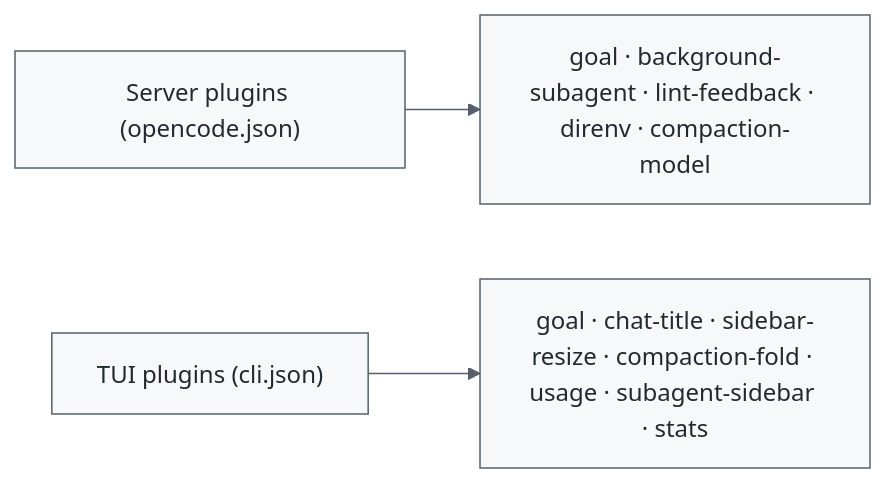
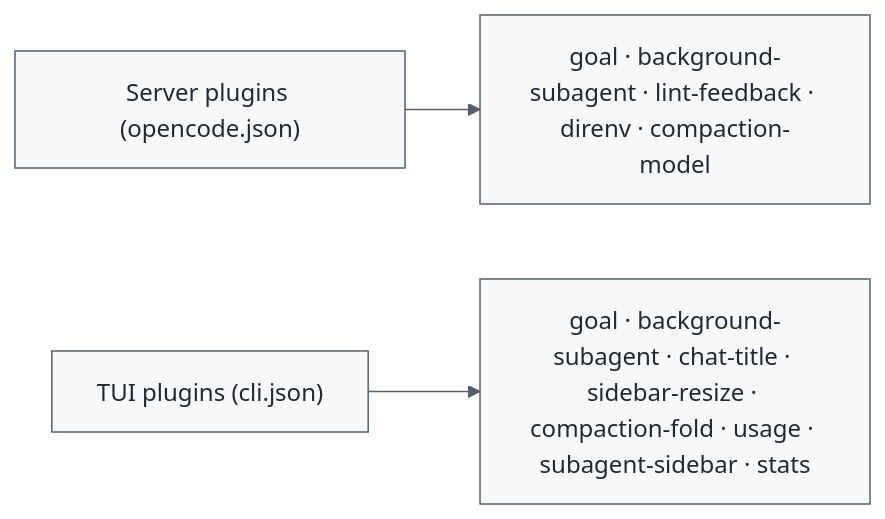
Before and after one commit to qunqin24/opendock: the diagram in src/data/readme/madsoftwaredev--opencode-compaction-model.md, drawn with Mermaid. The commit also changed other lines of this file and 332 other files, not shown here.

````diff
--- a/src/data/readme/madsoftwaredev--opencode-compaction-model.md
+++ b/src/data/readme/madsoftwaredev--opencode-compaction-model.md
@@ -26,6 +26,6 @@
 ```mermaid
 %%{init: {'theme': 'base', 'themeVariables': {'primaryColor': '#f6f8fa', 'primaryBorderColor': '#57606a', 'primaryTextColor': '#24292f', 'lineColor': '#57606a'}}}%%
 flowchart LR
     S["Server plugins (opencode.json)"] --> A["goal · background-subagent · lint-feedback · direnv · compaction-model"]
-    T["TUI plugins (cli.json)"] --> B["goal · chat-title · sidebar-resize · compaction-fold · usage · subagent-sidebar · stats"]
+    T["TUI plugins (cli.json)"] --> B["goal · background-subagent · chat-title · sidebar-resize · compaction-fold · usage · subagent-sidebar · stats"]
 ```
````
